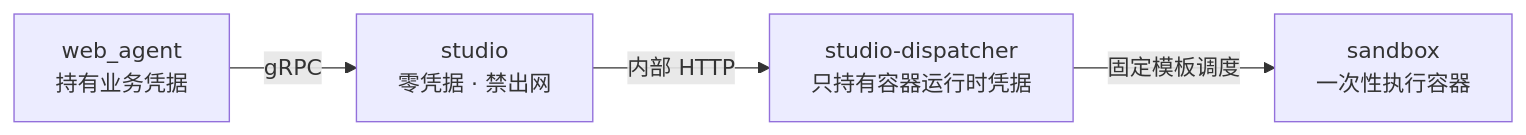
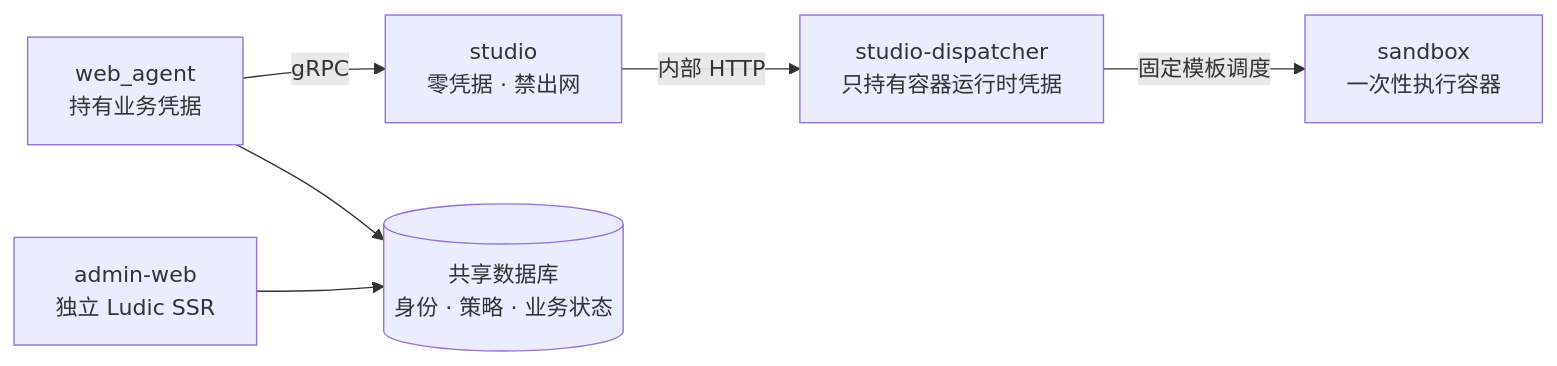
One commit to langbiantianya/web_agent changed the diagram in services/README.md. Above: the diagram before and after it, drawn with Mermaid. The commit also changed other lines of this file and 46 other files, not shown here.

Commit message:
feat: add standalone Ludic admin service

````diff
--- a/services/README.md
+++ b/services/README.md
@@ -7,11 +7,15 @@
 ```mermaid
 flowchart LR
     WA["web_agent<br/>持有业务凭据"]
+    AW["admin-web<br/>独立 Ludic SSR"]
     ST["studio<br/>零凭据 · 禁出网"]
     DP["studio-dispatcher<br/>只持有容器运行时凭据"]
     SB["sandbox<br/>一次性执行容器"]
+    DB[("共享数据库<br/>身份 · 策略 · 业务状态")]
 
     WA -->|"gRPC"| ST
+    WA --> DB
+    AW --> DB
     ST -->|"内部 HTTP"| DP
     DP -->|"固定模板调度"| SB
 ```
````
